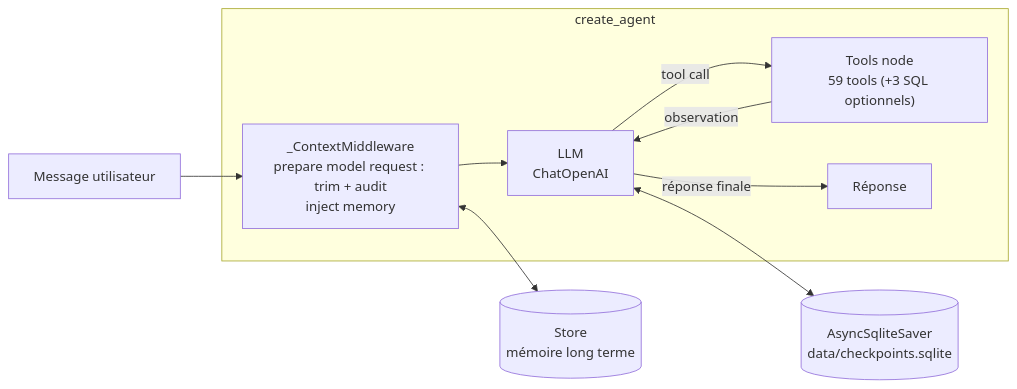
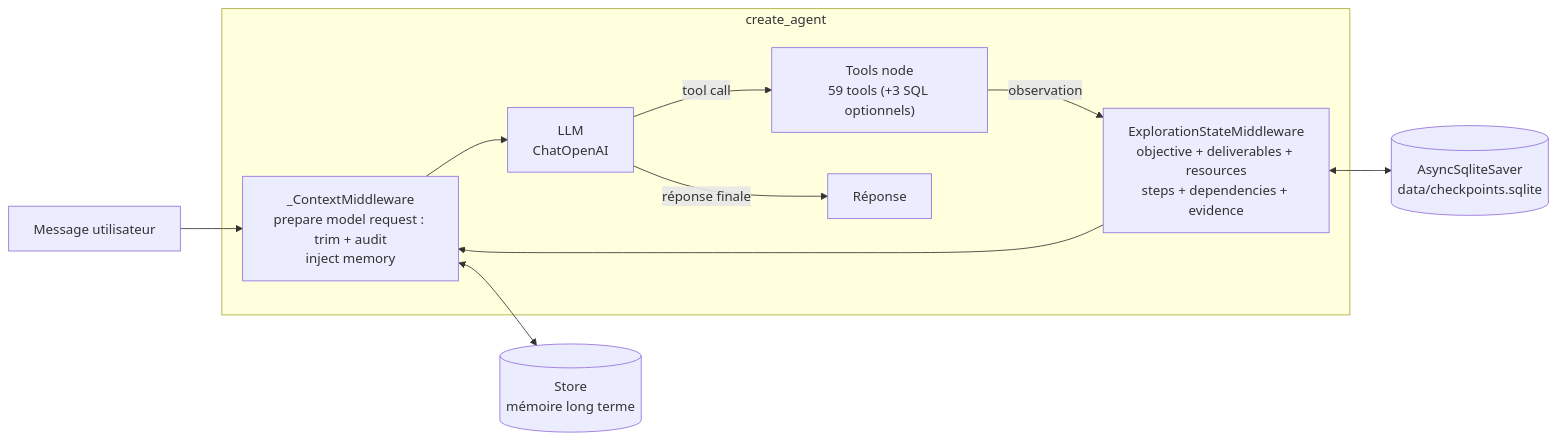
The second of 2 diagrams in ARCHITECTURE.md (TidianeCisse777/IDEA), drawn with Mermaid before and after one commit. The commit also changed other lines of this file and 17 other files, not shown here.

````diff
--- a/ARCHITECTURE.md
+++ b/ARCHITECTURE.md
@@ -90,19 +90,21 @@
 ```mermaid
 flowchart LR
     IN[Message utilisateur] --> HOOK
 
     subgraph Agent["create_agent"]
+        STATE["ExplorationStateMiddleware<br/>objective + deliverables + resources<br/>steps + dependencies + evidence"]
         HOOK["_ContextMiddleware<br/>prepare model request : trim + audit<br/>inject memory"]
         MODEL["LLM<br/>ChatOpenAI"]
         TOOLS["Tools node<br/>59 tools (+3 SQL optionnels)"]
+        STATE --> HOOK
         HOOK --> MODEL
         MODEL -->|tool call| TOOLS
-        TOOLS -->|observation| MODEL
+        TOOLS -->|observation| STATE
         MODEL -->|réponse finale| OUT[Réponse]
     end
 
     CKPT[("AsyncSqliteSaver<br/>data/checkpoints.sqlite")]
     STORE[("Store<br/>mémoire long terme")]
-    MODEL <--> CKPT
+    STATE <--> CKPT
     HOOK <--> STORE
 ```
````
